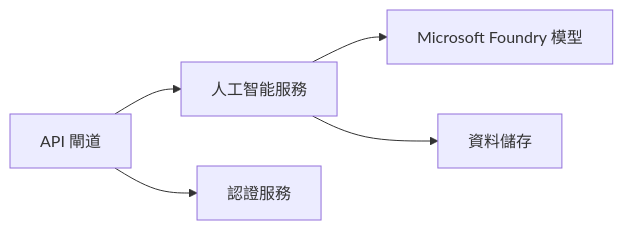
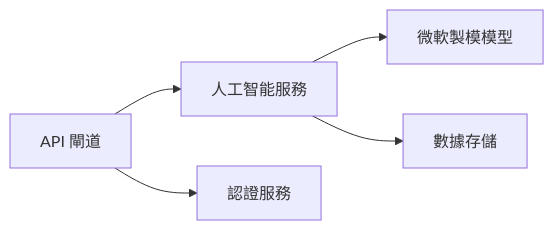
One commit to microsoft/AZD-for-beginners changed the first of 2 diagrams in translations/zh-MO/docs/chapter-08-production/README.md. Above: the diagram before and after it, drawn with Mermaid. The commit also changed other lines of this file and 101 other files, not shown here.

````diff
--- a/translations/zh-MO/docs/chapter-08-production/README.md
+++ b/translations/zh-MO/docs/chapter-08-production/README.md
@@ -46,6 +48,6 @@
 ```mermaid
 graph LR
-    Gateway[API 閘道] --> AI[人工智能服務] --> Models[Microsoft Foundry 模型]
+    Gateway[API 閘道] --> AI[人工智能服務] --> Models[微軟製模模型]
     Gateway --> Auth[認證服務]
-    AI --> Data[資料儲存]
+    AI --> Data[數據存儲]
 ```
````
